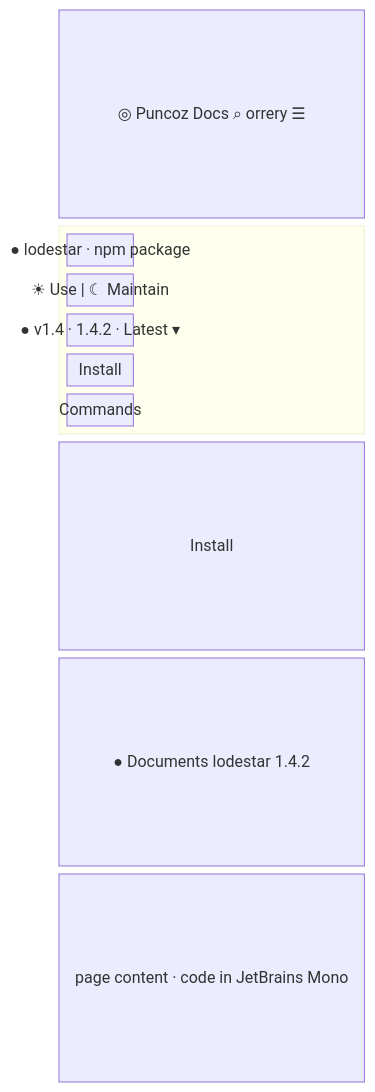
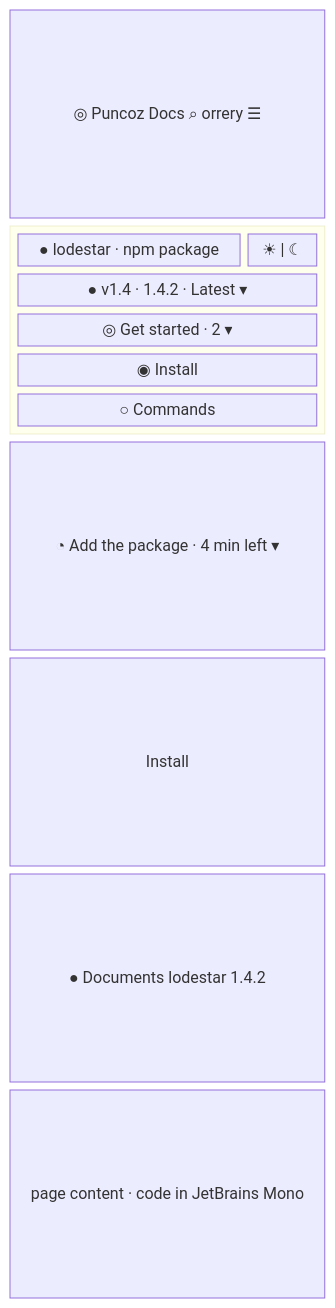
Before and after one commit to nepal-dev-com/docs.nepal-dev.com: the fourth of 8 diagrams in content/docs/maintain/app-flow/site-pages.mdx, drawn with Mermaid. The commit also changed other lines of this file and 35 other files, not shown here.

````diff
--- a/content/docs/maintain/app-flow/site-pages.mdx
+++ b/content/docs/maintain/app-flow/site-pages.mdx
@@ -136,16 +138,17 @@
 ```mermaid
 block-beta
   columns 4
   hdr["◎ Puncoz Docs   ⌕ orrery ☰"]:4
   block:drawer:4
     columns 4
-    chip["● lodestar · npm package"]:4
-    track["☀ Use | ☾ Maintain"]:4
+    chip["● lodestar · npm package"]:3 track["☀ | ☾"]:1
     ver["● v1.4 · 1.4.2 · Latest ▾"]:4
-    l1["Install"]:4
-    l2["Commands"]:4
+    st["◎ Get started · 2 ▾"]:4
+    l1[" ◉ Install"]:4
+    l2[" ○ Commands"]:4
   end
+  bar["◔ Add the package · 4 min left ▾"]:4
   h1["Install"]:4
   stated["● Documents lodestar 1.4.2"]:4
   body["page content · code in JetBrains Mono"]:4
 ```
````
